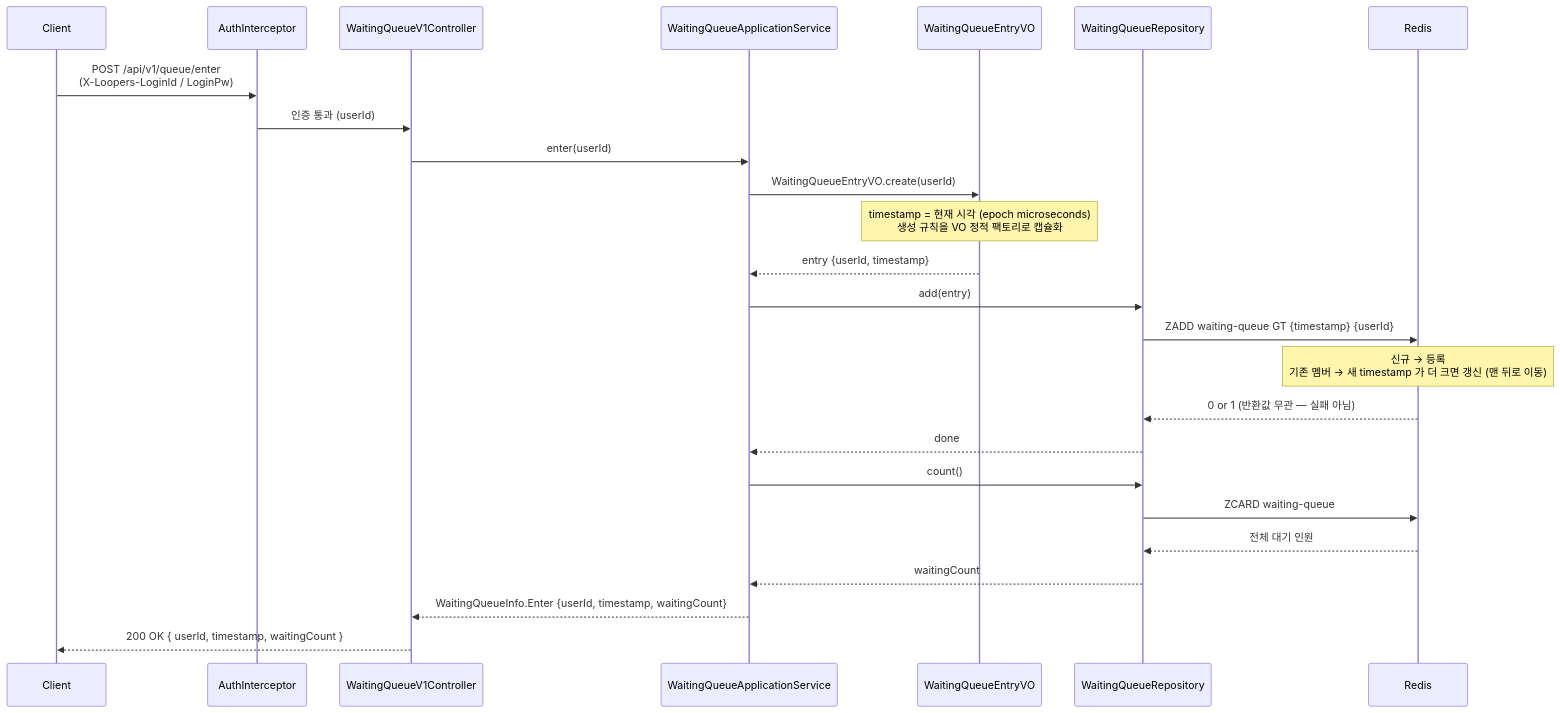
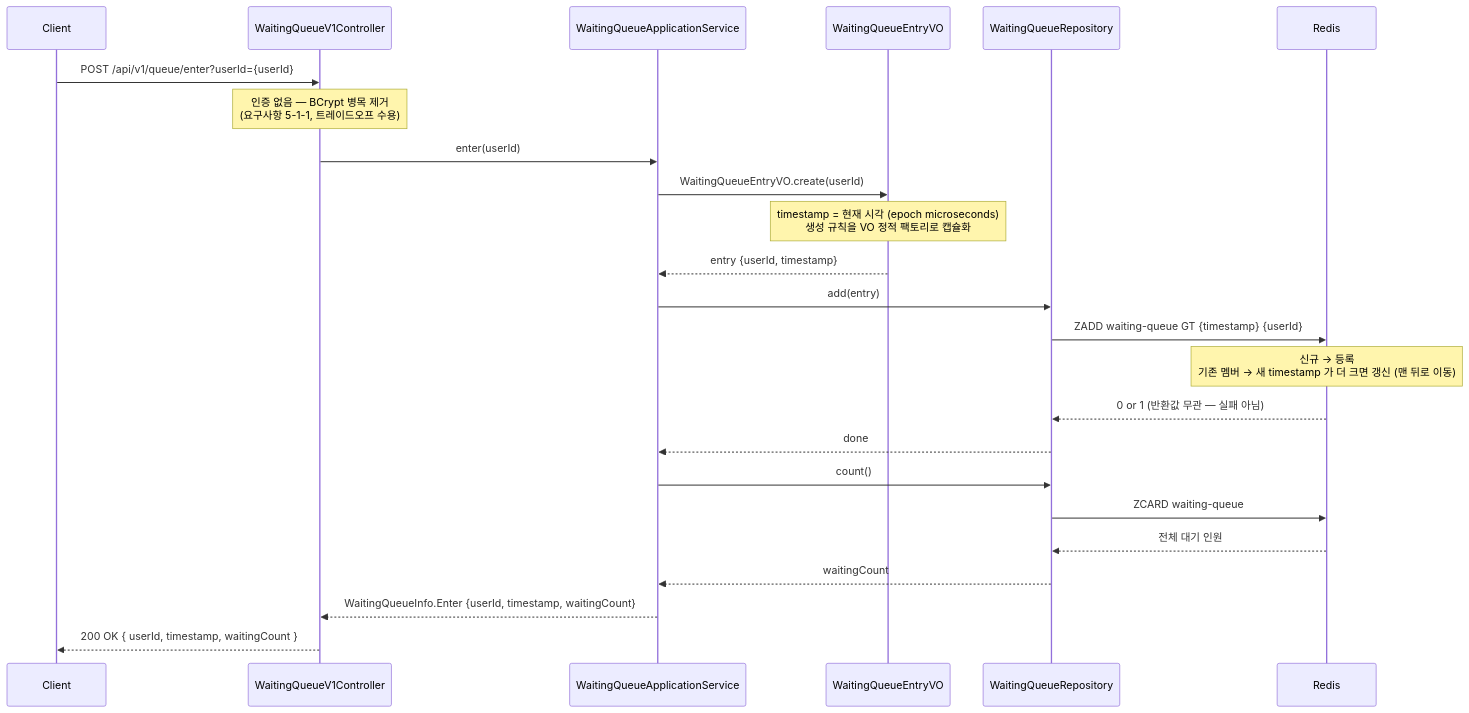
One commit to Hangju0610/loop-pack-be-l2-vol4-java changed the first of 6 diagrams in docs/domain/waiting-queue/02-diagrams.md. Above: the diagram before and after it, drawn with Mermaid. The commit also changed other lines of this file and 1 other file, not shown here.

Commit message:
docs(waiting-queue): 대기열 경로 무인증 전환 결정 반영 — userId 쿼리 파라미터 (5-1-1)

````diff
--- a/docs/domain/waiting-queue/02-diagrams.md
+++ b/docs/domain/waiting-queue/02-diagrams.md
@@ -15,32 +15,31 @@
 ```mermaid
 sequenceDiagram
     participant C as Client
-    participant AI as AuthInterceptor
     participant CTL as WaitingQueueV1Controller
     participant SVC as WaitingQueueApplicationService
     participant VO as WaitingQueueEntryVO
     participant WQR as WaitingQueueRepository
     participant R as Redis
 
-    C->>AI: POST /api/v1/queue/enter<br/>(X-Loopers-LoginId / LoginPw)
-    AI->>CTL: 인증 통과 (userId)
+    C->>CTL: POST /api/v1/queue/enter?userId={userId}
+    Note over CTL: 인증 없음 — BCrypt 병목 제거<br/>(요구사항 5-1-1, 트레이드오프 수용)
     CTL->>SVC: enter(userId)
 
     SVC->>VO: WaitingQueueEntryVO.create(userId)
     Note over VO: timestamp = 현재 시각 (epoch microseconds)<br/>생성 규칙을 VO 정적 팩토리로 캡슐화
     VO-->>SVC: entry {userId, timestamp}
 
     SVC->>WQR: add(entry)
     WQR->>R: ZADD waiting-queue GT {timestamp} {userId}
     Note over R: 신규 → 등록<br/>기존 멤버 → 새 timestamp 가 더 크면 갱신 (맨 뒤로 이동)
     R-->>WQR: 0 or 1 (반환값 무관 — 실패 아님)
     WQR-->>SVC: done
 
     SVC->>WQR: count()
     WQR->>R: ZCARD waiting-queue
     R-->>WQR: 전체 대기 인원
     WQR-->>SVC: waitingCount
 
     SVC-->>CTL: WaitingQueueInfo.Enter {userId, timestamp, waitingCount}
     CTL-->>C: 200 OK { userId, timestamp, waitingCount }
 ```
````
